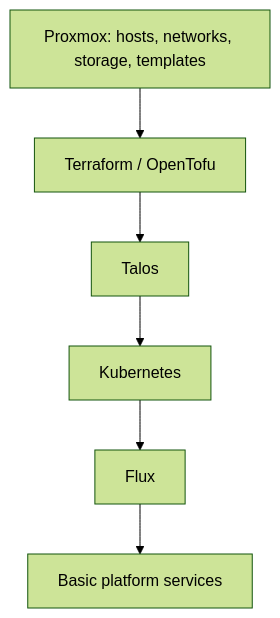
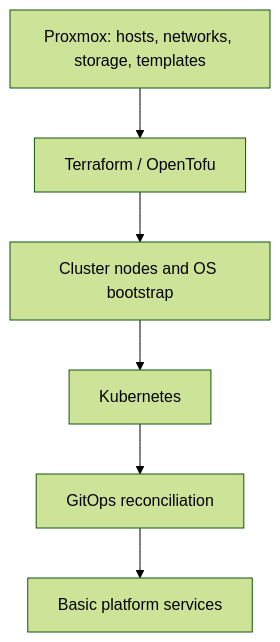
One commit to Rexus/homelab changed the first of 2 diagrams in docs/paths/tier-0/bootstrap.md. Above: the diagram before and after it, drawn with Mermaid (forest theme). The commit also changed other lines of this file and 188 other files, not shown here.

````diff
--- a/docs/paths/tier-0/bootstrap.md
+++ b/docs/paths/tier-0/bootstrap.md
@@ -64,9 +63,9 @@
 ```mermaid
 flowchart TB
   Proxmox["Proxmox: hosts, networks, storage, templates"]
   Proxmox --> IaC["Terraform / OpenTofu"]
-  IaC --> Talos["Talos"]
-  Talos --> Kubernetes["Kubernetes"]
-  Kubernetes --> Flux["Flux"]
-  Flux --> Basic["Basic platform services"]
+  IaC --> Nodes["Cluster nodes and OS bootstrap"]
+  Nodes --> Kubernetes["Kubernetes"]
+  Kubernetes --> GitOps["GitOps reconciliation"]
+  GitOps --> Basic["Basic platform services"]
 ```
````
